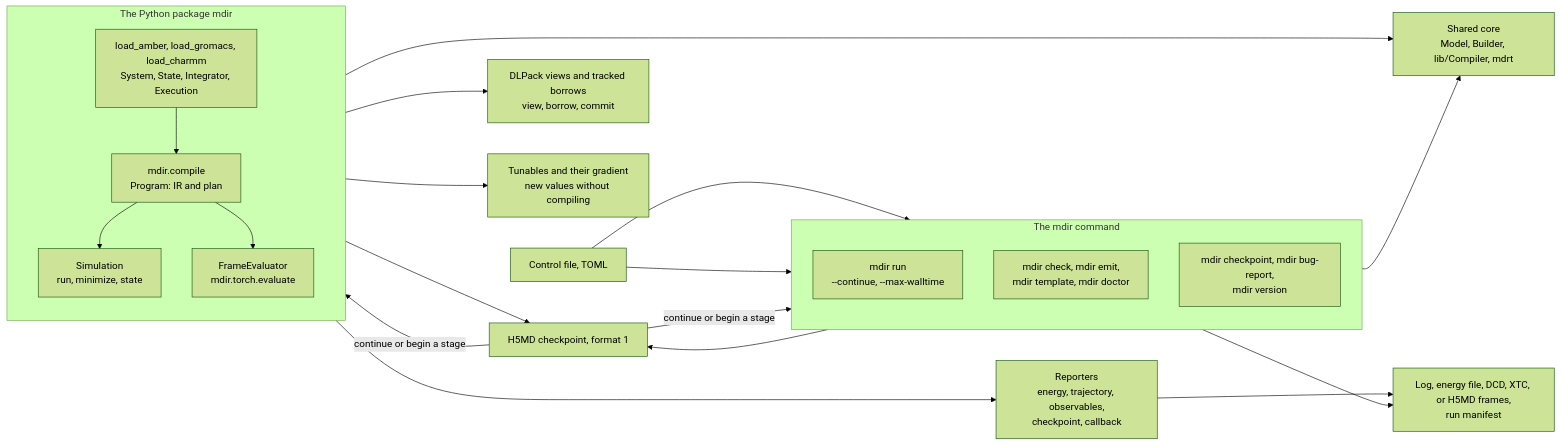
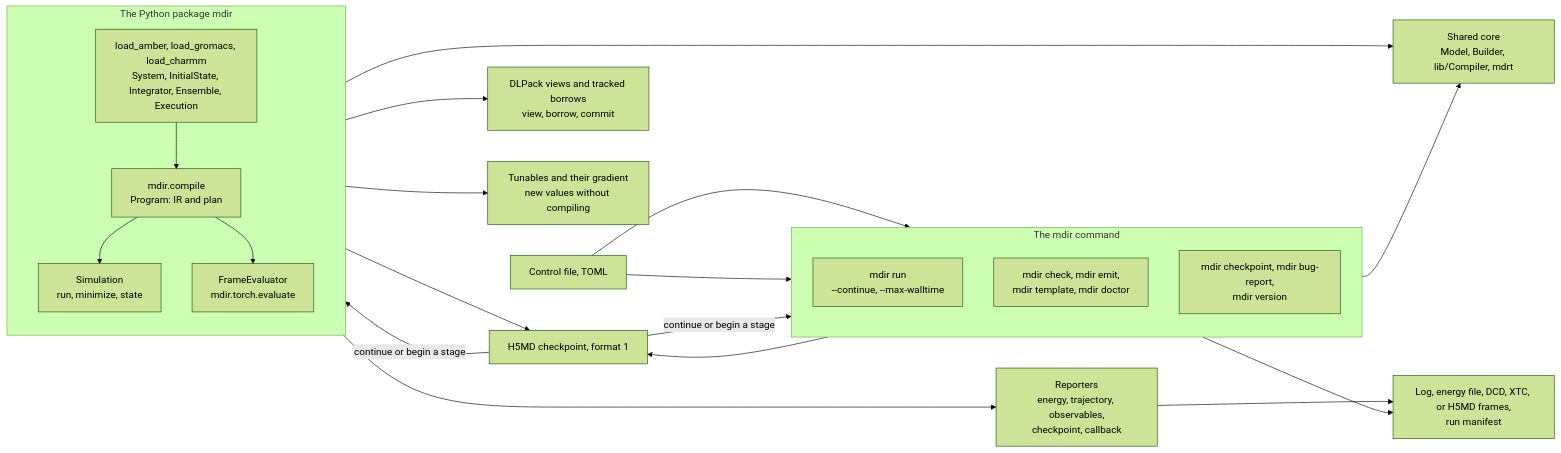
One commit to vv137/mdir changed the second of 4 diagrams in docs/overview.md. Above: the diagram before and after it, drawn with Mermaid (forest theme). The commit also changed other lines of this file, not shown here.

````diff
--- a/docs/overview.md
+++ b/docs/overview.md
@@ -173,32 +173,32 @@
 ```mermaid
 flowchart LR
     TOML["Control file, TOML"] --> RUN
     TOML --> CHK
     subgraph CLI["The mdir command"]
         direction TB
         RUN["mdir run<br/>--continue, --max-walltime"]
         CHK["mdir check, mdir emit,<br/>mdir template, mdir doctor"]
         INFO["mdir checkpoint, mdir bug-report,<br/>mdir version"]
     end
     subgraph PYAPI["The Python package mdir"]
         direction TB
-        LOAD["load_amber, load_gromacs, load_charmm<br/>System, State, Integrator, Execution"]
+        LOAD["load_amber, load_gromacs, load_charmm<br/>System, InitialState, Integrator, Ensemble, Execution"]
         COMP["mdir.compile<br/>Program: IR and plan"]
         SIM["Simulation<br/>run, minimize, state"]
         FRM["FrameEvaluator<br/>mdir.torch.evaluate"]
         LOAD --> COMP
         COMP --> SIM
         COMP --> FRM
     end
     RUN --> CORE["Shared core<br/>Model, Builder, lib/Compiler, mdrt"]
     COMP --> CORE
     SIM --> DLP["DLPack views and tracked borrows<br/>view, borrow, commit"]
     SIM --> REP["Reporters<br/>energy, trajectory, observables,<br/>checkpoint, callback"]
     SIM --> TUN["Tunables and their gradient<br/>new values without compiling"]
     RUN --> FILES["Log, energy file, DCD, XTC, or H5MD frames,<br/>run manifest"]
     REP --> FILES
     RUN --> H5["H5MD checkpoint, format 1"]
     SIM --> H5
     H5 -->|"continue or begin a stage"| RUN
     H5 -->|"continue or begin a stage"| SIM
 ```
````
